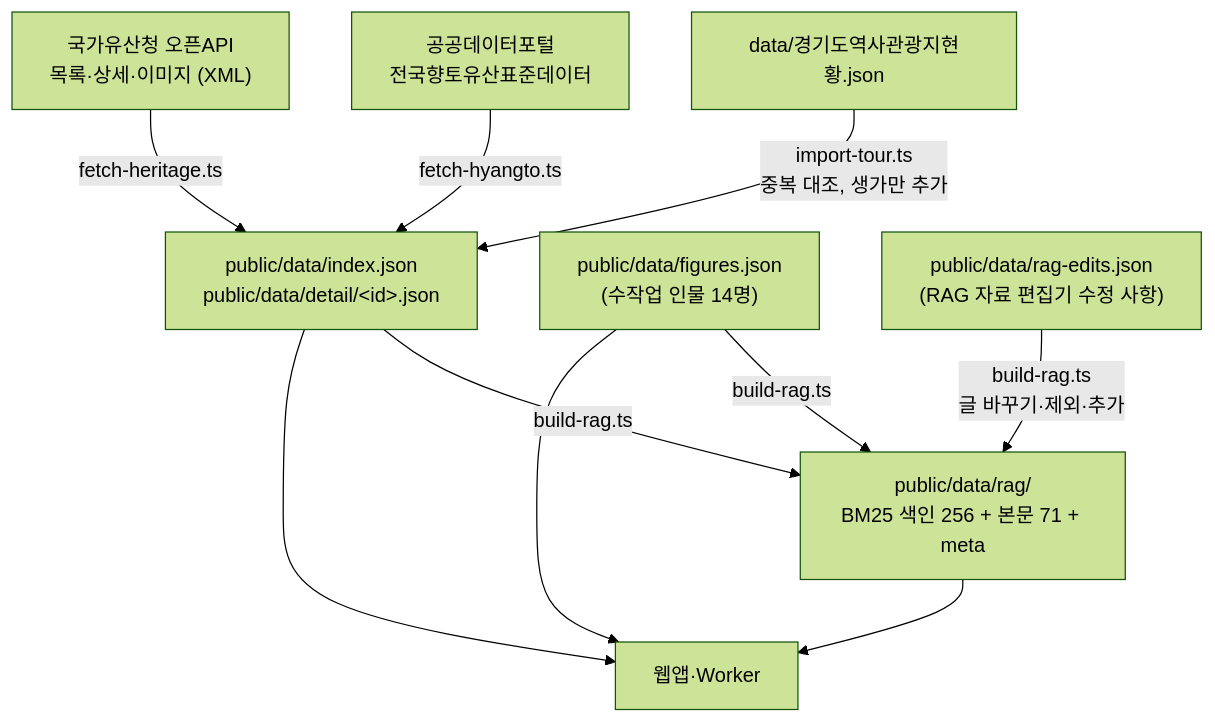
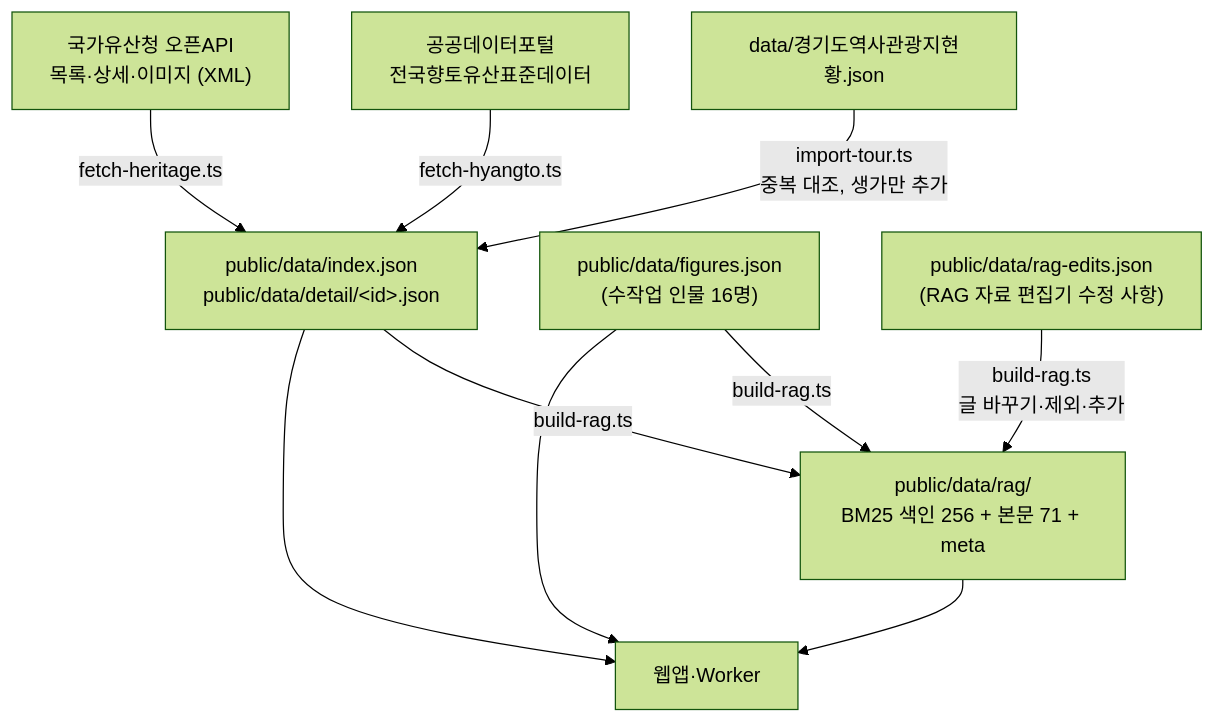
One commit to Hanbyeol5/arHeritage changed the fourth of 6 diagrams in README.md. Above: the diagram before and after it, drawn with Mermaid (forest theme). The commit also changed other lines of this file and 108 other files, not shown here.

````diff
--- a/README.md
+++ b/README.md
@@ -167,12 +169,12 @@
 ```mermaid
 flowchart TD
   A["국가유산청 오픈API<br/>목록·상세·이미지 (XML)"] -->|fetch-heritage.ts| I["public/data/index.json<br/>public/data/detail/&lt;id&gt;.json"]
   B["공공데이터포털<br/>전국향토유산표준데이터"] -->|fetch-hyangto.ts| I
   C["data/경기도역사관광지현황.json"] -->|import-tour.ts<br/>중복 대조, 생가만 추가| I
-  F["public/data/figures.json<br/>(수작업 인물 14명)"] --> APP["웹앱·Worker"]
+  F["public/data/figures.json<br/>(수작업 인물 16명)"] --> APP["웹앱·Worker"]
   I --> APP
   I -->|build-rag.ts| RG["public/data/rag/<br/>BM25 색인 256 + 본문 71 + meta"]
   F -->|build-rag.ts| RG
   E["public/data/rag-edits.json<br/>(RAG 자료 편집기 수정 사항)"] -->|build-rag.ts<br/>글 바꾸기·제외·추가| RG
   RG --> APP
 ```
````
